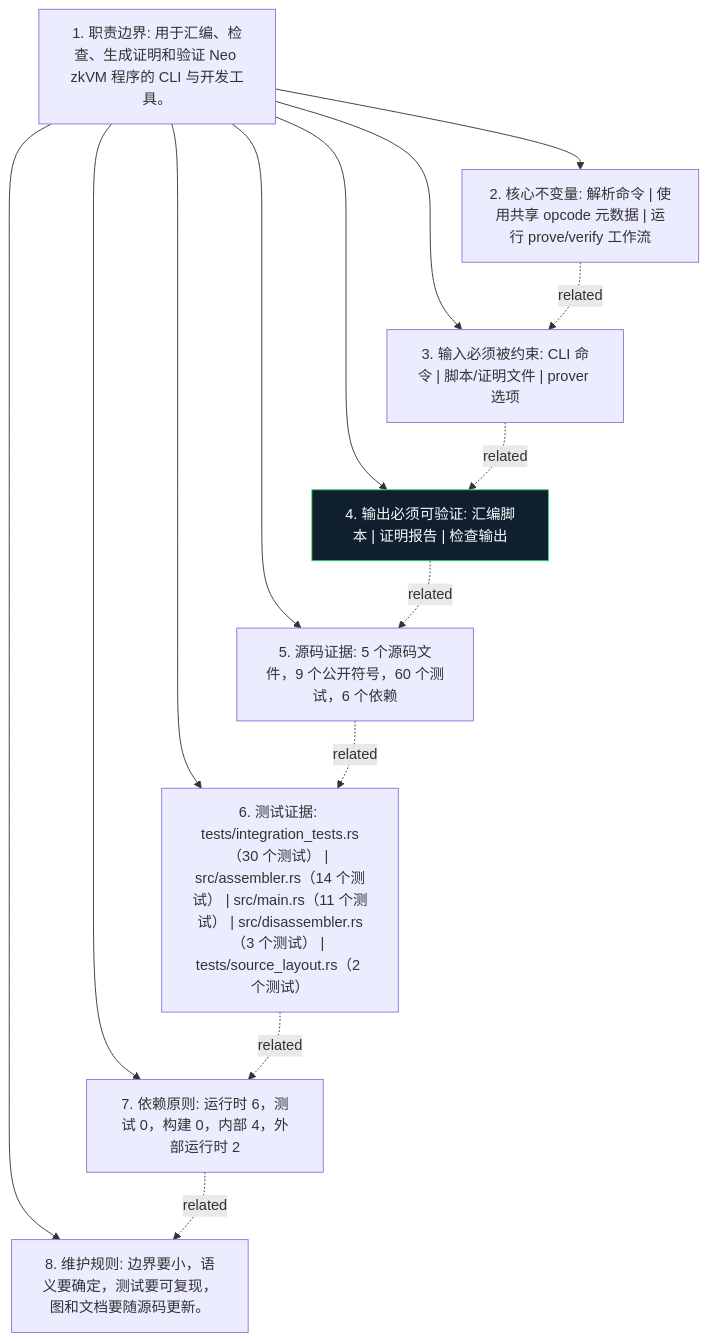
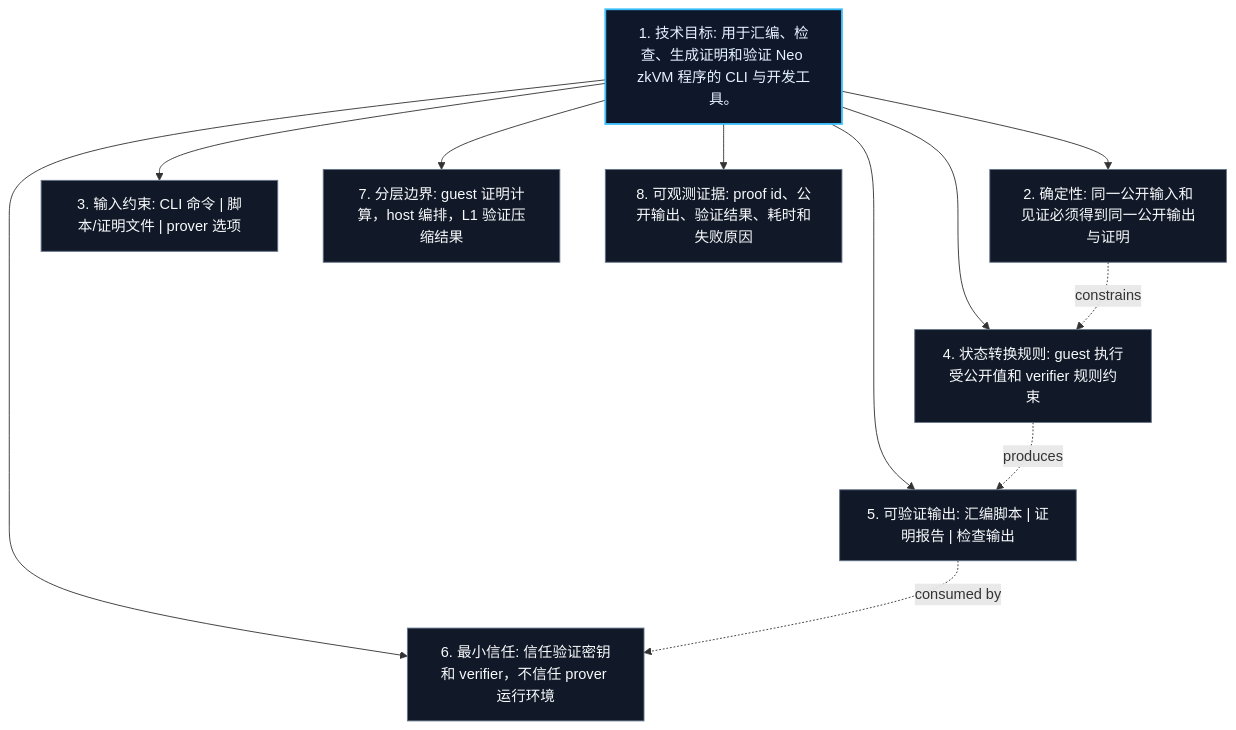
One commit to r3e-network/neo-zkvm changed the diagram in crates/neo-zkvm-cli/docs/figures/principles.zh.mmd. Above: the diagram before and after it, drawn with Mermaid. The commit also changed 447 other files, not shown here.

Commit message:
Replace crate diagrams with technical views

```diff
--- a/crates/neo-zkvm-cli/docs/figures/principles.zh.mmd
+++ b/crates/neo-zkvm-cli/docs/figures/principles.zh.mmd
@@ -1,24 +1,23 @@
 flowchart TB
-    N1["1. 职责边界: 用于汇编、检查、生成证明和验证 Neo zkVM 程序的 CLI 与开发工具。"]
-    N2["2. 核心不变量: 解析命令 | 使用共享 opcode 元数据 | 运行 prove/verify 工作流"]
-    N3["3. 输入必须被约束: CLI 命令 | 脚本/证明文件 | prover 选项"]
-    N4["4. 输出必须可验证: 汇编脚本 | 证明报告 | 检查输出"]
-    N5["5. 源码证据: 5 个源码文件，9 个公开符号，60 个测试，6 个依赖"]
-    N6["6. 测试证据: tests/integration_tests.rs（30 个测试） | src/assembler.rs（14 个测试） | src/main.rs（11 个测试） | src/disassembler.rs（3 个测试） | tests/source_layout.rs（2 个测试）"]
-    N7["7. 依赖原则: 运行时 6，测试 0，构建 0，内部 4，外部运行时 2"]
-    N8["8. 维护规则: 边界要小，语义要确定，测试要可复现，图和文档要随源码更新。"]
+    N1["1. 技术目标: 用于汇编、检查、生成证明和验证 Neo zkVM 程序的 CLI 与开发工具。"]
+    N2["2. 确定性: 同一公开输入和见证必须得到同一公开输出与证明"]
+    N3["3. 输入约束: CLI 命令 | 脚本/证明文件 | prover 选项"]
+    N4["4. 状态转换规则: guest 执行受公开值和 verifier 规则约束"]
+    N5["5. 可验证输出: 汇编脚本 | 证明报告 | 检查输出"]
+    N6["6. 最小信任: 信任验证密钥和 verifier，不信任 prover 运行环境"]
+    N7["7. 分层边界: guest 证明计算，host 编排，L1 验证压缩结果"]
+    N8["8. 可观测证据: proof id、公开输出、验证结果、耗时和失败原因"]
     N1 --> N2
     N1 --> N3
     N1 --> N4
     N1 --> N5
     N1 --> N6
     N1 --> N7
     N1 --> N8
-    N2 -. related .-> N3
-    N3 -. related .-> N4
-    N4 -. related .-> N5
-    N5 -. related .-> N6
-    N6 -. related .-> N7
-    N7 -. related .-> N8
-    classDef crate fill:#101f2d,stroke:#38d978,color:#f6fbff
-    class N4 crate
+    N2 -. constrains .-> N4
+    N4 -. produces .-> N5
+    N5 -. consumed by .-> N6
+    classDef core fill:#0f172a,stroke:#38bdf8,color:#e5f2ff,stroke-width:2px;
+    classDef support fill:#111827,stroke:#64748b,color:#f8fafc;
+    class N1 core;
+    class N2,N3,N4,N5,N6,N7,N8 support;
```
